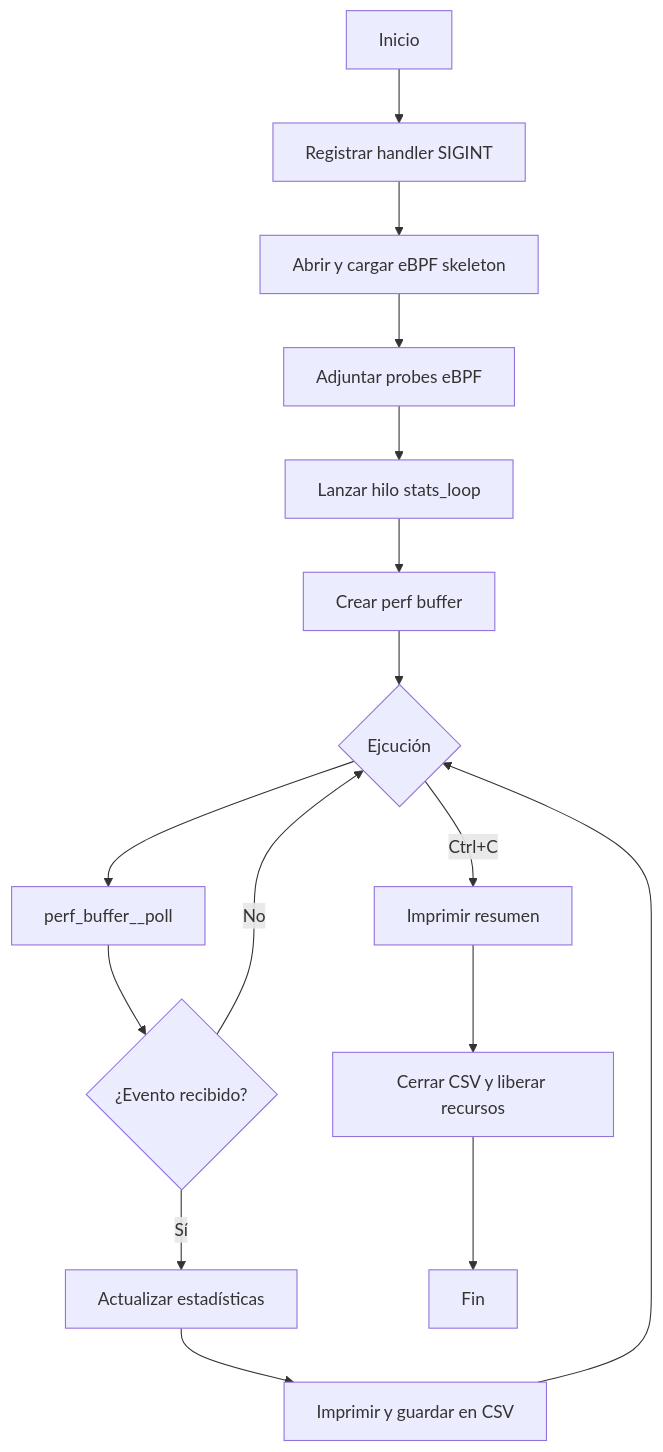
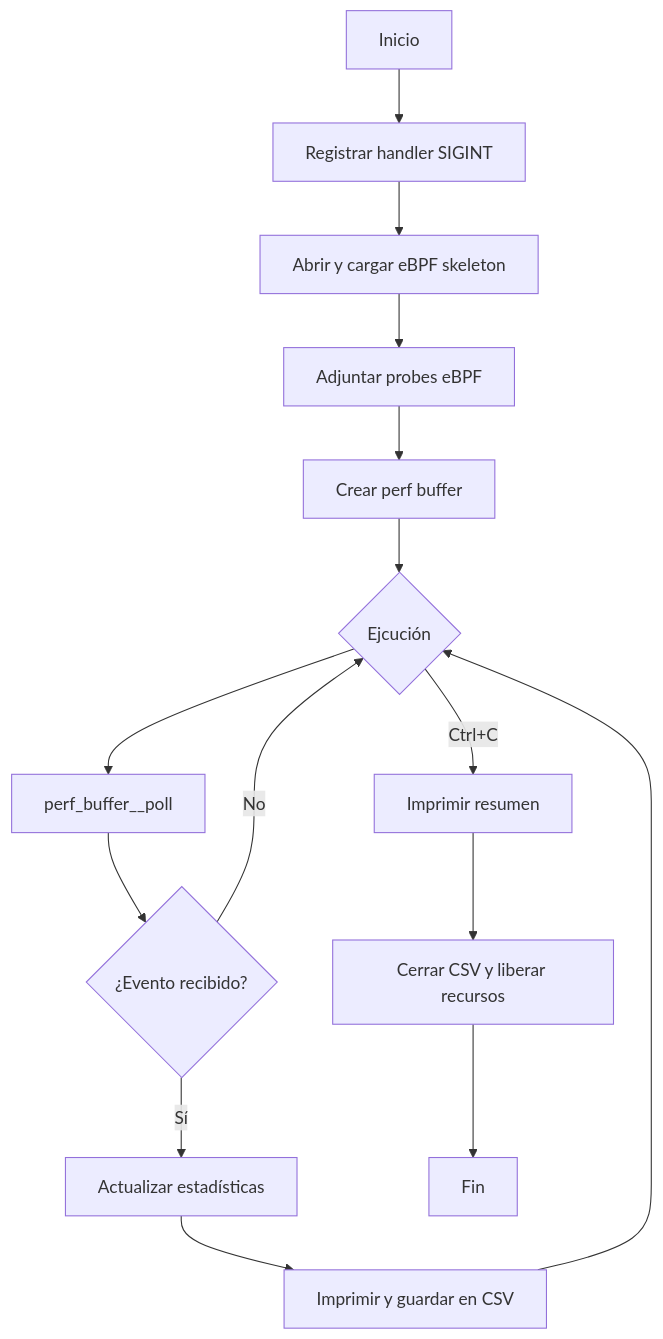
Before and after one commit to raxzers/diagrmas_mermaid: the diagram in dig_flujo_tfg.md, drawn with Mermaid.

Commit message:
Refactor flowchart to create perf buffer before stats_loop

````diff
--- a/dig_flujo_tfg.md
+++ b/dig_flujo_tfg.md
@@ -1,18 +1,17 @@
 ```mermaid
 flowchart TD
     A[Inicio] --> B[Registrar handler SIGINT]
     B --> C[Abrir y cargar eBPF skeleton]
     C --> D[Adjuntar probes eBPF]
-    D -->  G[Lanzar hilo stats_loop]
-    G --> H[Crear perf buffer]
+    D -->  H[Crear perf buffer]
     H -->  J{Ejcución}
     J --> K[perf_buffer__poll]
     K --> L{¿Evento recibido?}
     L -- Sí --> M[Actualizar estadísticas]
     M -->  O[Imprimir y guardar en CSV]
     L -- No --> J
     O --> J
     J -- Ctrl+C --> Q[Imprimir resumen]
     Q --> R[Cerrar CSV y liberar recursos]
     R --> S[Fin]
 ```
````
